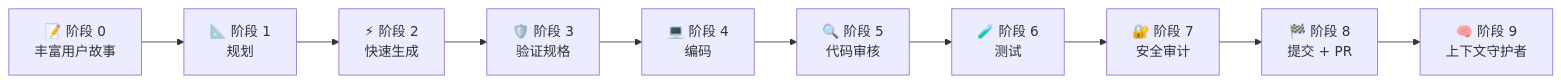
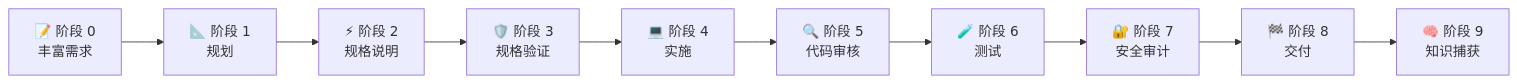
One commit to Aquilesnake/COALA-SwarmOps changed the fourth of 6 diagrams in README_CN.md. Above: the diagram before and after it, drawn with Mermaid. The commit also changed other lines of this file and 6 other files, not shown here.

````diff
--- a/README_CN.md
+++ b/README_CN.md
@@ -221,12 +221,12 @@
 ```mermaid
 flowchart LR
-    A["📝 阶段 0<br/>丰富用户故事"] --> B["📐 阶段 1<br/>规划"]
-    B --> C["⚡ 阶段 2<br/>快速生成"]
-    C --> D["🛡️ 阶段 3<br/>验证规格"]
-    D --> E["💻 阶段 4<br/>编码"]
+    A["📝 阶段 0<br/>丰富需求"] --> B["📐 阶段 1<br/>规划"]
+    B --> C["⚡ 阶段 2<br/>规格说明"]
+    C --> D["🛡️ 阶段 3<br/>规格验证"]
+    D --> E["💻 阶段 4<br/>实施"]
     E --> F["🔍 阶段 5<br/>代码审核"]
     F --> G["🧪 阶段 6<br/>测试"]
     G --> H["🔐 阶段 7<br/>安全审计"]
-    H --> I["🏁 阶段 8<br/>提交 + PR"]
-    I --> J["🧠 阶段 9<br/>上下文守护者"]
+    H --> I["🏁 阶段 8<br/>交付"]
+    I --> J["🧠 阶段 9<br/>知识捕获"]
 ```
````
